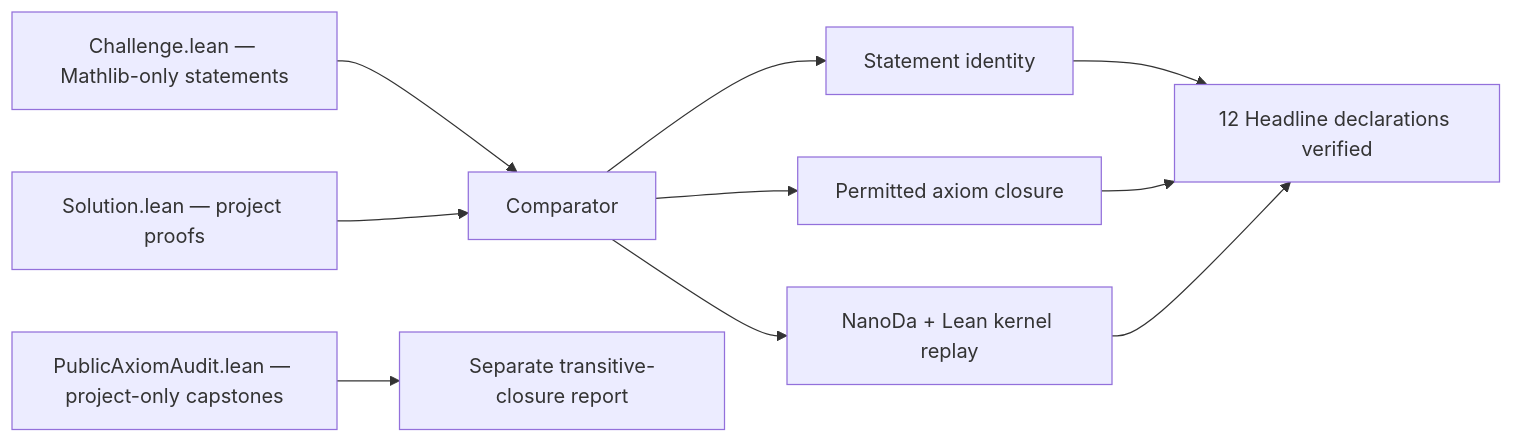
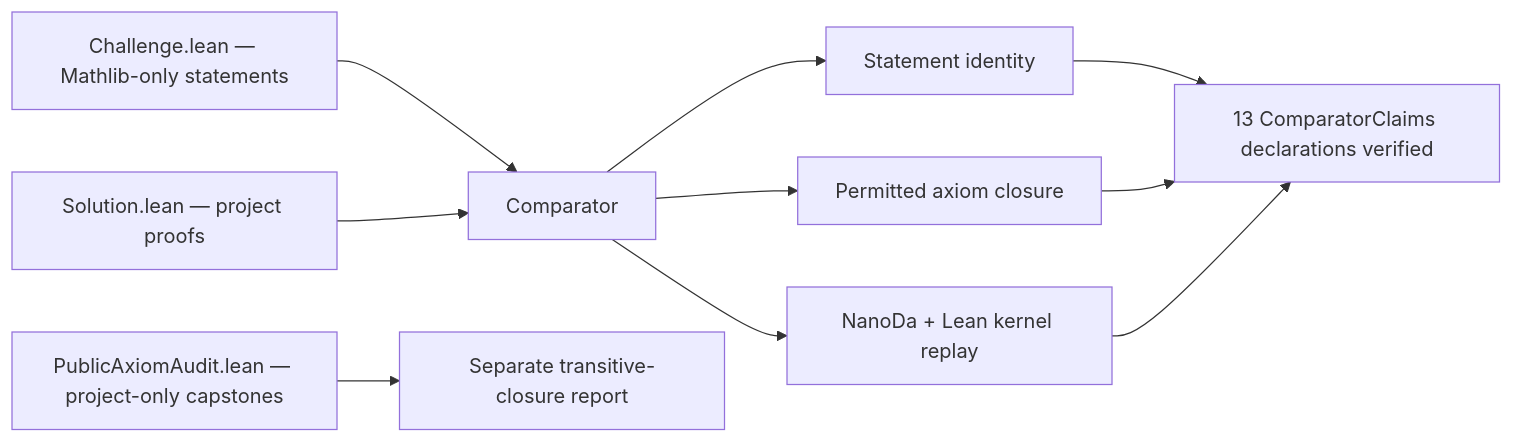
Before and after one commit to mysticflounder/modular-schur: the second of 2 diagrams in README.md, drawn with Mermaid. The commit also changed other lines of this file and 21 other files, not shown here.

````diff
--- a/README.md
+++ b/README.md
@@ -266,12 +276,12 @@
 ```mermaid
 flowchart LR
     C["Challenge.lean — Mathlib-only statements"] --> G["Comparator"]
     S["Solution.lean — project proofs"] --> G
     G --> I["Statement identity"]
     G --> A["Permitted axiom closure"]
     G --> K["NanoDa + Lean kernel replay"]
-    I --> V["12 Headline declarations verified"]
+    I --> V["13 ComparatorClaims declarations verified"]
     A --> V
     K --> V
     P["PublicAxiomAudit.lean — project-only capstones"] --> R["Separate transitive-closure report"]
 ```
````
